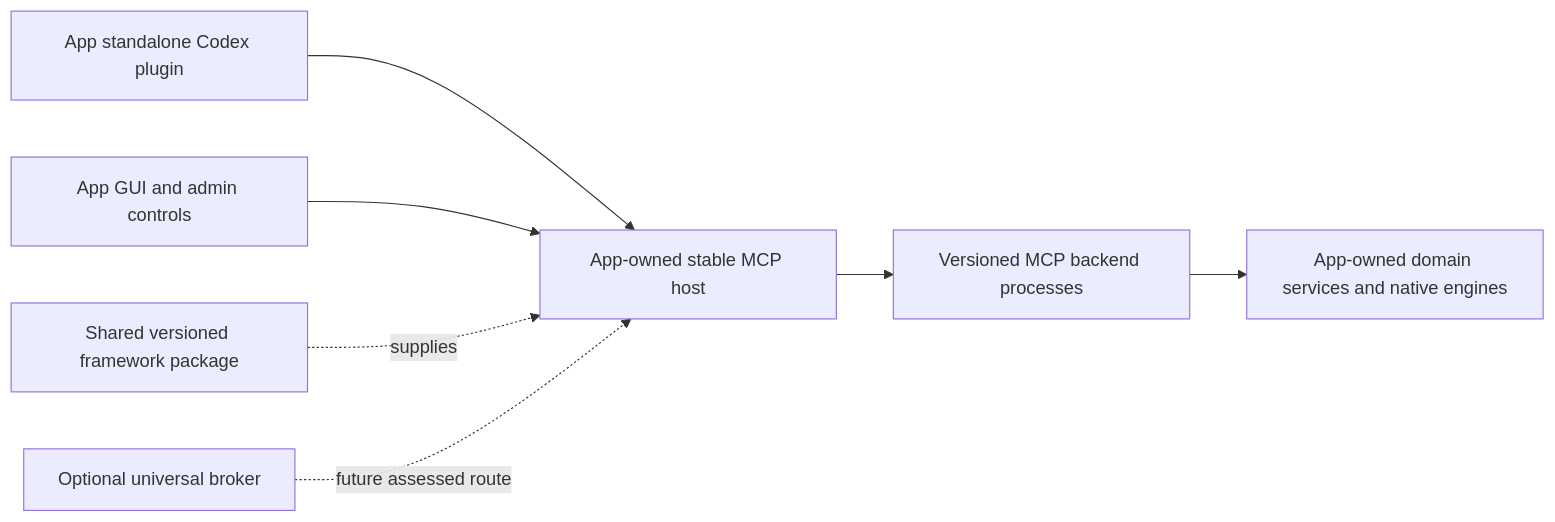
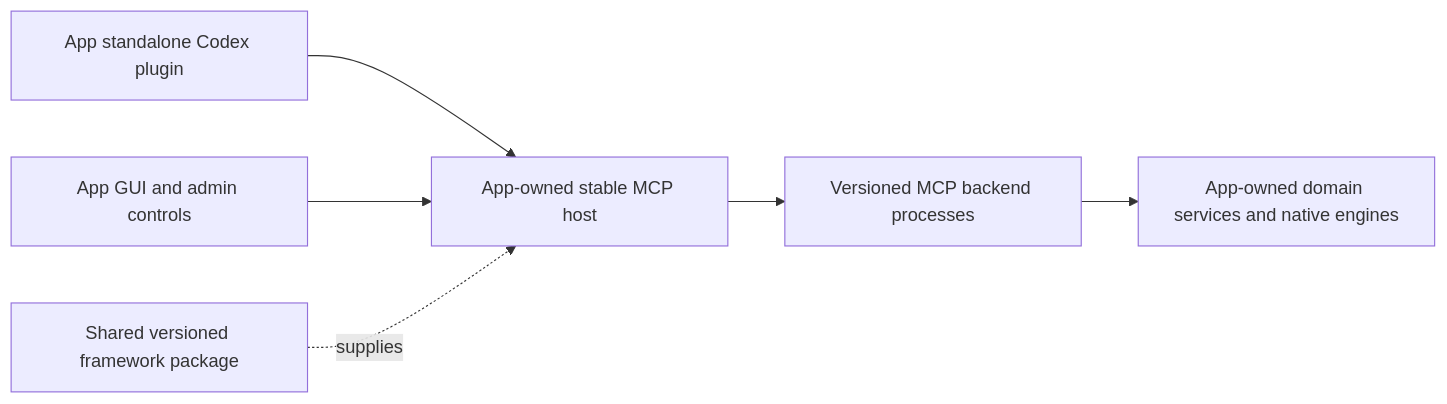
Before and after one commit to votecoffee/CodexMCPBroker: the diagram in docs/app-framework.md, drawn with Mermaid. The commit also changed other lines of this file and 56 other files, not shown here.

````diff
--- a/docs/app-framework.md
+++ b/docs/app-framework.md
@@ -9,9 +9,8 @@
 ```mermaid
 flowchart LR
     C[App standalone Codex plugin] --> H[App-owned stable MCP host]
     G[App GUI and admin controls] --> H
     H --> W[Versioned MCP backend processes]
     W --> D[App-owned domain services and native engines]
     P[Shared versioned framework package] -. supplies .-> H
-    U[Optional universal broker] -. future assessed route .-> H
 ```
````
